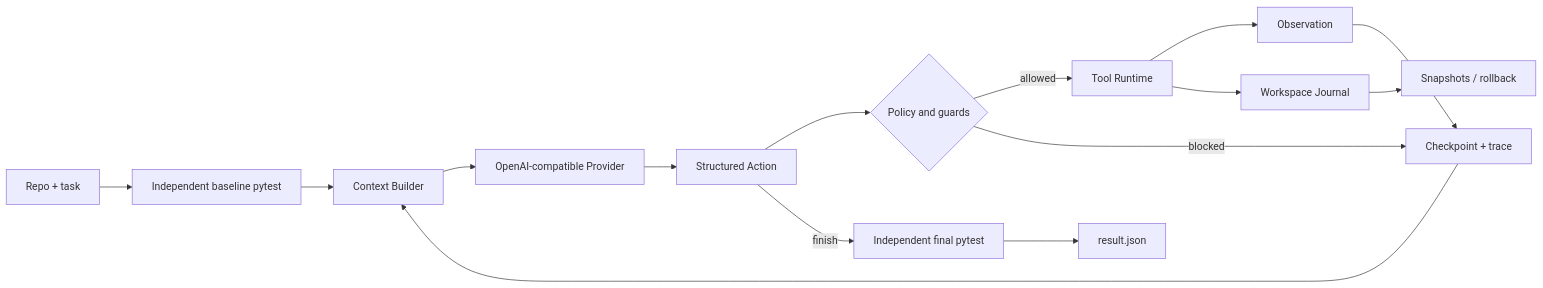
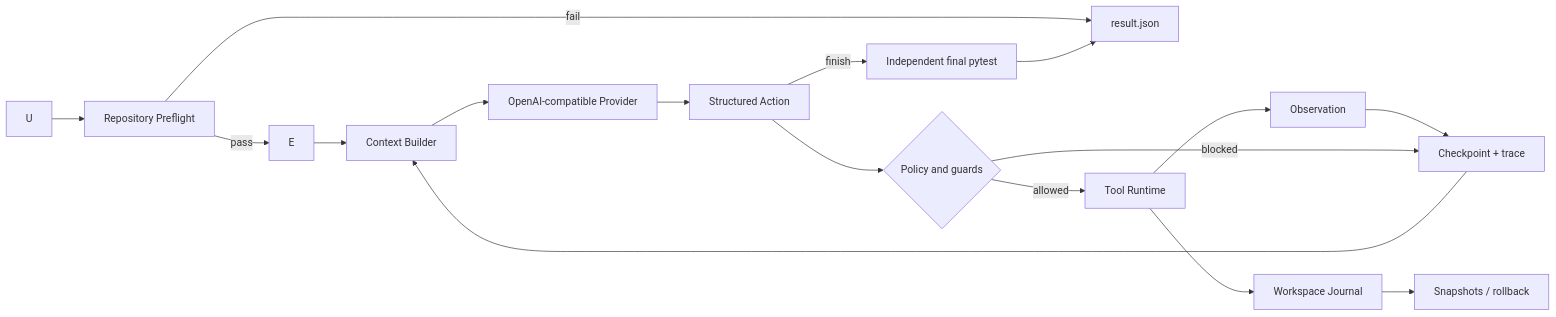
Before and after one commit to ztsstz711-afk/RepoFix-Harness: the diagram in docs/architecture.md, drawn with Mermaid. The commit also changed other lines of this file and 28 other files, not shown here.

Commit message:
Add repository preflight and package repair scenario

````diff
--- a/docs/architecture.md
+++ b/docs/architecture.md
@@ -5,17 +5,19 @@
 ```mermaid
 flowchart LR
-    U[Repo + task] --> E[Independent baseline pytest]
+    U --> D[Repository Preflight]
+    D -->|pass| E
+    D -->|fail| R
     E --> C[Context Builder]
     C --> P[OpenAI-compatible Provider]
     P --> A[Structured Action]
     A --> G{Policy and guards}
     G -->|allowed| T[Tool Runtime]
     T --> O[Observation]
     O --> S[Checkpoint + trace]
     S --> C
     G -->|blocked| S
     A -->|finish| F[Independent final pytest]
     F --> R[result.json]
     T --> J[Workspace Journal]
     J --> B[Snapshots / rollback]
 ```
````
